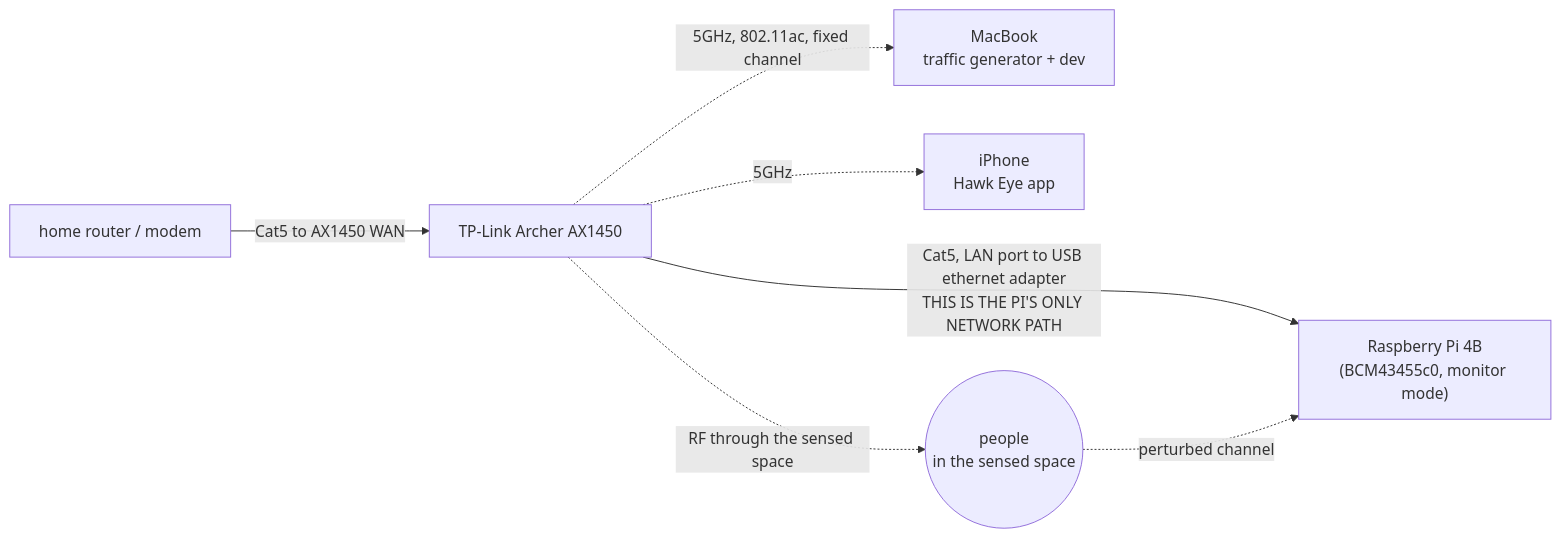
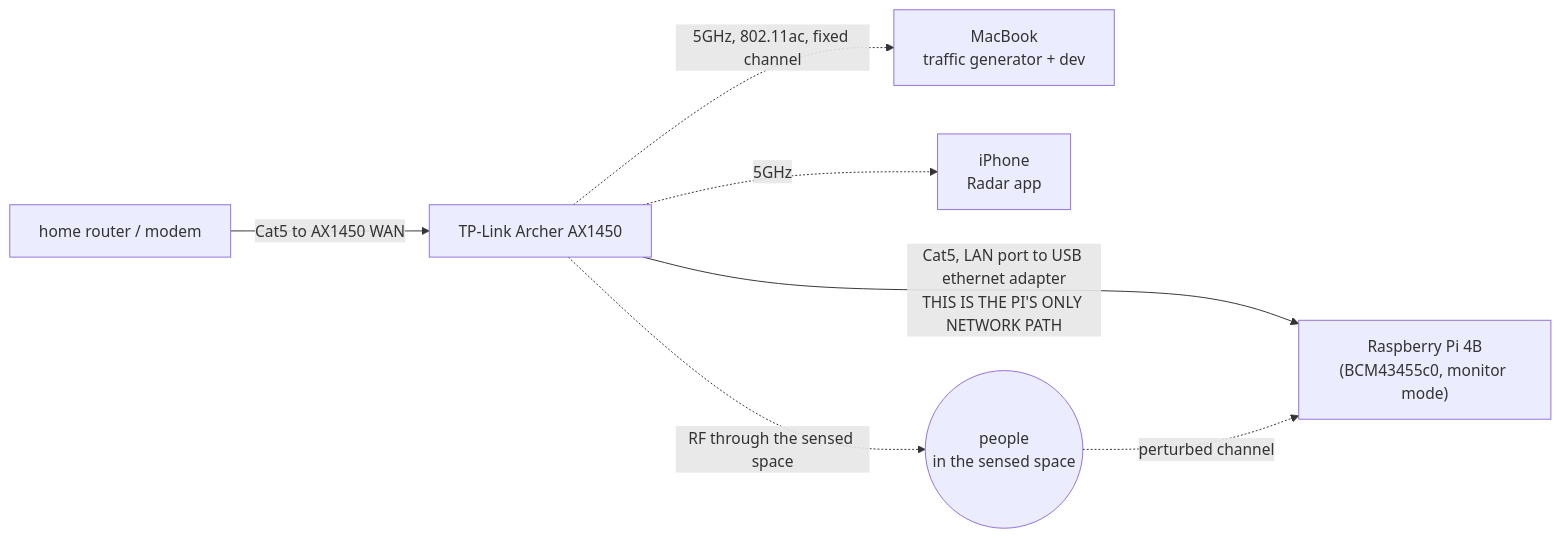
Before and after one commit to cayden-h/Radar: the diagram in docs/hardware/assembly-and-placement.md, drawn with Mermaid. The commit also changed other lines of this file and 89 other files, not shown here.

First line of the commit message:
Finish the rename from Hawk Eye to Radar in docs and user-facing text

````diff
--- a/docs/hardware/assembly-and-placement.md
+++ b/docs/hardware/assembly-and-placement.md
@@ -75,16 +75,16 @@
 ```mermaid
 flowchart LR
     modem["home router / modem"]
     ax["TP-Link Archer AX1450"]
     pi["Raspberry Pi 4B<br/>(BCM43455c0, monitor mode)"]
     mac["MacBook<br/>traffic generator + dev"]
-    phone["iPhone<br/>Hawk Eye app"]
+    phone["iPhone<br/>Radar app"]
     people(("people<br/>in the sensed space"))
 
     modem -- "Cat5 to AX1450 WAN" --> ax
     ax -- "Cat5, LAN port to USB ethernet adapter<br/>THIS IS THE PI'S ONLY NETWORK PATH" --> pi
     ax -. "5GHz, 802.11ac, fixed channel" .-> mac
     ax -. "5GHz" .-> phone
     ax -. "RF through the sensed space" .-> people
     people -. "perturbed channel" .-> pi
 ```
````
